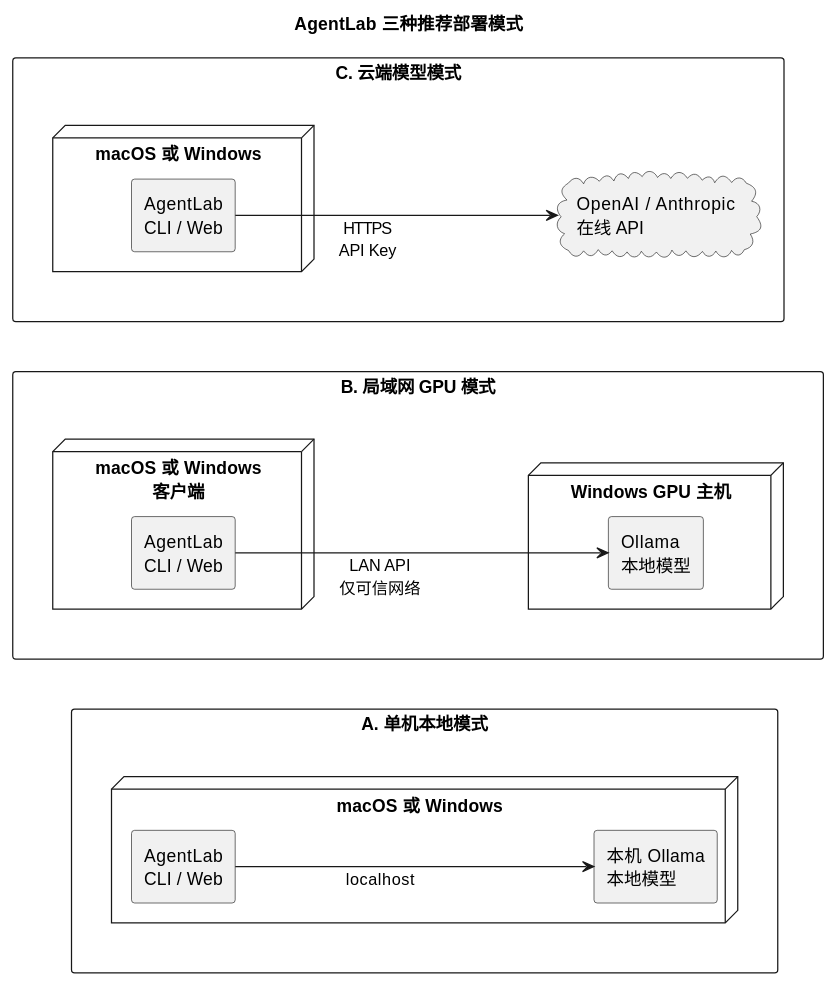
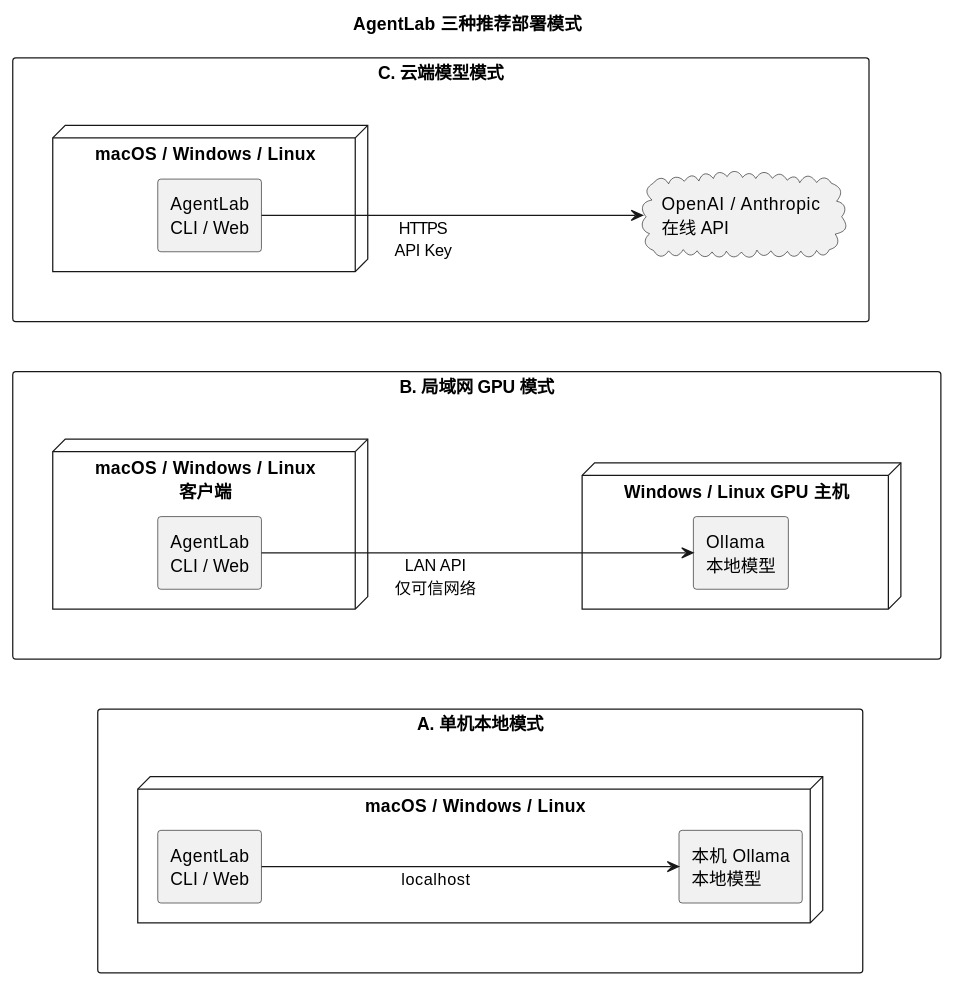
One commit to Amaz1ngJR/AgentLab changed the third of 21 diagrams in docs/technical_architecture.md. Above: the diagram before and after it, drawn with PlantUML. The commit also changed other lines of this file and 2 other files, not shown here.

````diff
--- a/docs/technical_architecture.md
+++ b/docs/technical_architecture.md
@@ -271,38 +284,38 @@
 ```plantuml
 @startuml
 title AgentLab 三种推荐部署模式
 skinparam componentStyle rectangle
 skinparam linetype ortho
 skinparam shadowing false
 left to right direction
 
 rectangle "A. 单机本地模式" as LocalMode {
-  node "macOS 或 Windows" as SingleHost {
+  node "macOS / Windows / Linux" as SingleHost {
     [AgentLab\nCLI / Web] as LocalAgent
     [本机 Ollama\n本地模型] as LocalModel
   }
   LocalAgent -down-> LocalModel : localhost
 }
 
 rectangle "B. 局域网 GPU 模式" as LanMode {
-  node "macOS 或 Windows\n客户端" as ClientHost {
+  node "macOS / Windows / Linux\n客户端" as ClientHost {
     [AgentLab\nCLI / Web] as LanAgent
   }
-  node "Windows GPU 主机" as GpuHost {
+  node "Windows / Linux GPU 主机" as GpuHost {
     [Ollama\n本地模型] as GpuModel
   }
   LanAgent -down-> GpuModel : LAN API\n仅可信网络
 }
 
 rectangle "C. 云端模型模式" as CloudMode {
-  node "macOS 或 Windows" as CloudHost {
+  node "macOS / Windows / Linux" as CloudHost {
     [AgentLab\nCLI / Web] as CloudAgent
   }
   cloud "OpenAI / Anthropic\n在线 API" as CloudModel
   CloudAgent -down-> CloudModel : HTTPS\nAPI Key
 }
 
 LocalMode -[hidden]right- LanMode
 LanMode -[hidden]right- CloudMode
 @enduml
 ```
````
